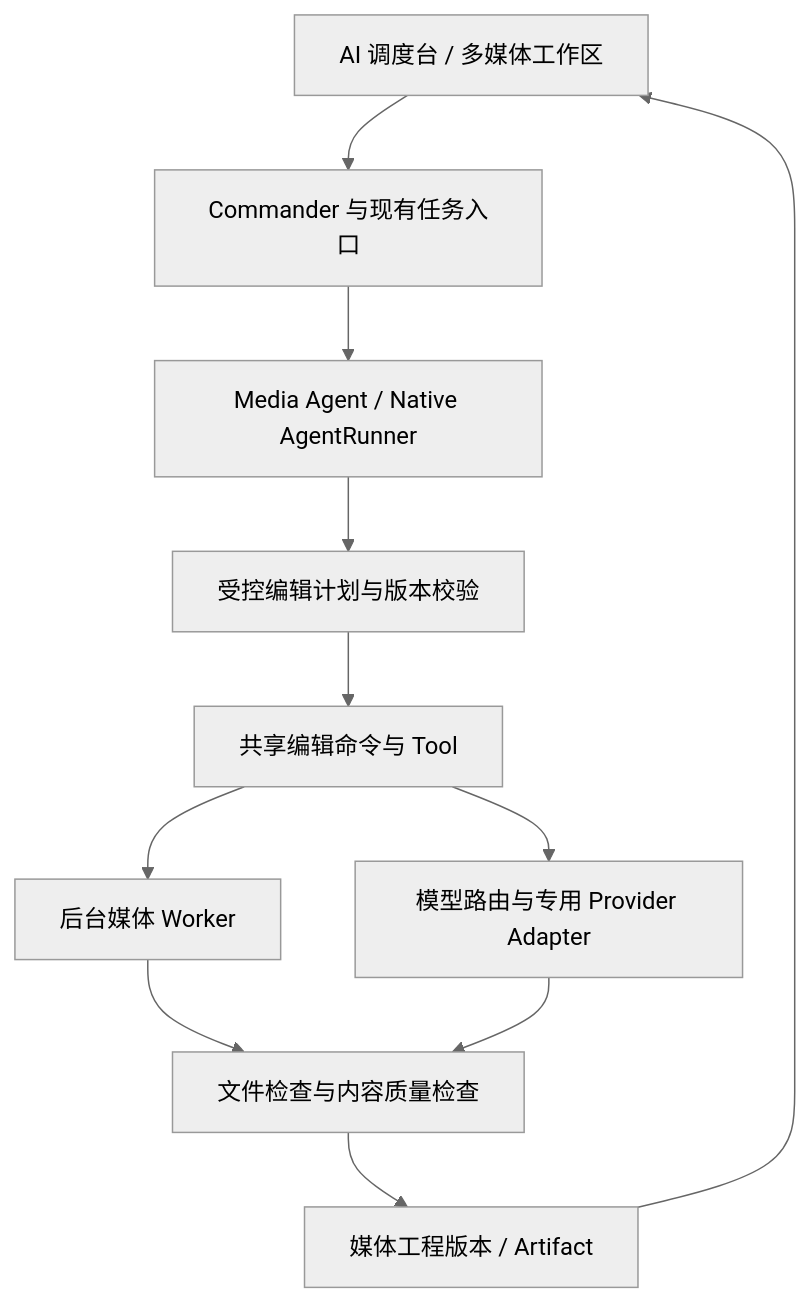
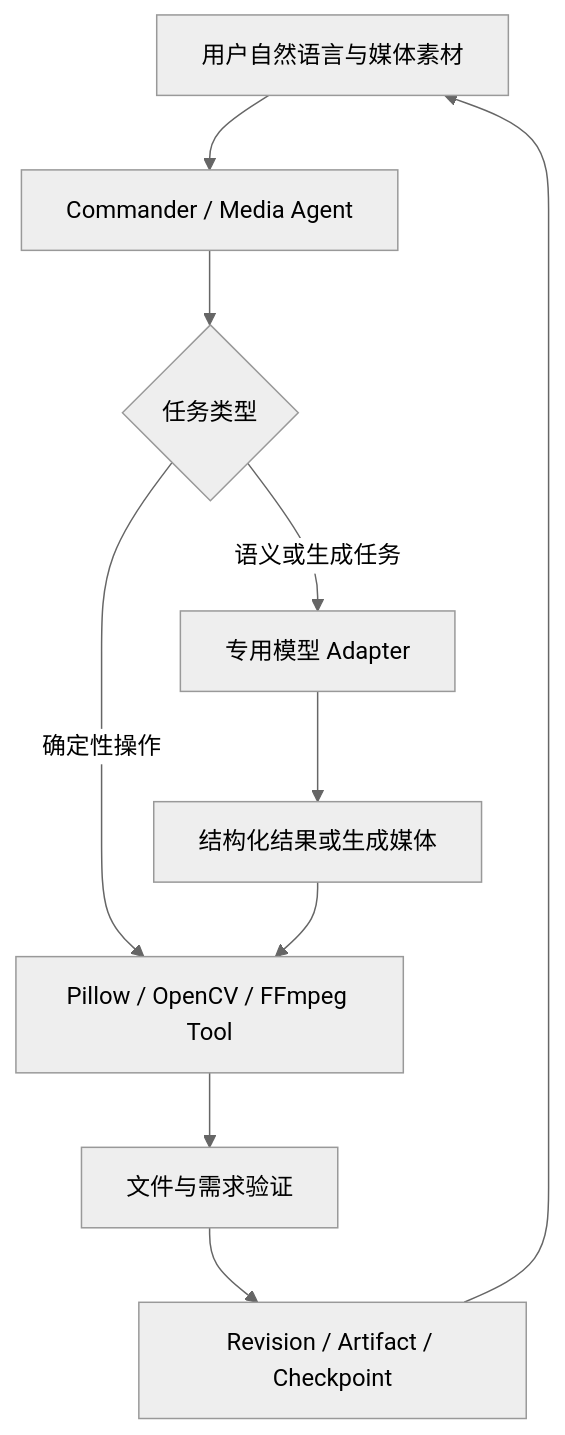
One commit to Avenger173/AgentFlow changed the diagram in docs/MULTIMEDIA_AGENT_DEVELOPMENT_PLAN.md. Above: the diagram before and after it, drawn with Mermaid (neutral theme). The commit also changed other lines of this file and 5 other files, not shown here.

````diff
--- a/docs/MULTIMEDIA_AGENT_DEVELOPMENT_PLAN.md
+++ b/docs/MULTIMEDIA_AGENT_DEVELOPMENT_PLAN.md
@@ -99,13 +69,12 @@
 ```mermaid
 flowchart TD
-    U[AI 调度台 / 多媒体工作区] --> C[Commander 与现有任务入口]
-    C --> A[Media Agent / Native AgentRunner]
-    A --> P[受控编辑计划与版本校验]
-    P --> T[共享编辑命令与 Tool]
-    T --> W[后台媒体 Worker]
-    T --> G[模型路由与专用 Provider Adapter]
-    W --> V[文件检查与内容质量检查]
-    G --> V
-    V --> S[媒体工程版本 / Artifact]
+    U[用户自然语言与媒体素材] --> R[Commander / Media Agent]
+    R --> D{任务类型}
+    D -->|语义或生成任务| M[专用模型 Adapter]
+    D -->|确定性操作| T[Pillow / OpenCV / FFmpeg Tool]
+    M --> P[结构化结果或生成媒体]
+    P --> T
+    T --> V[文件与需求验证]
+    V --> S[Revision / Artifact / Checkpoint]
     S --> U
 ```
````
